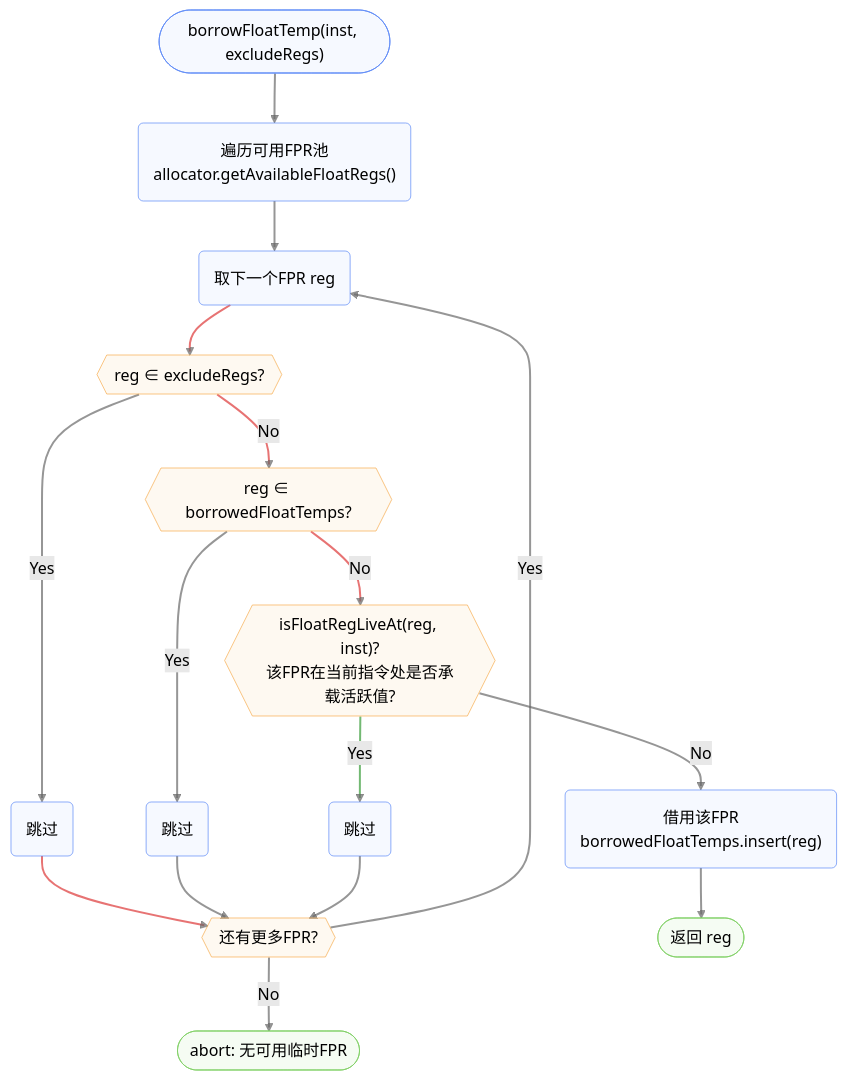
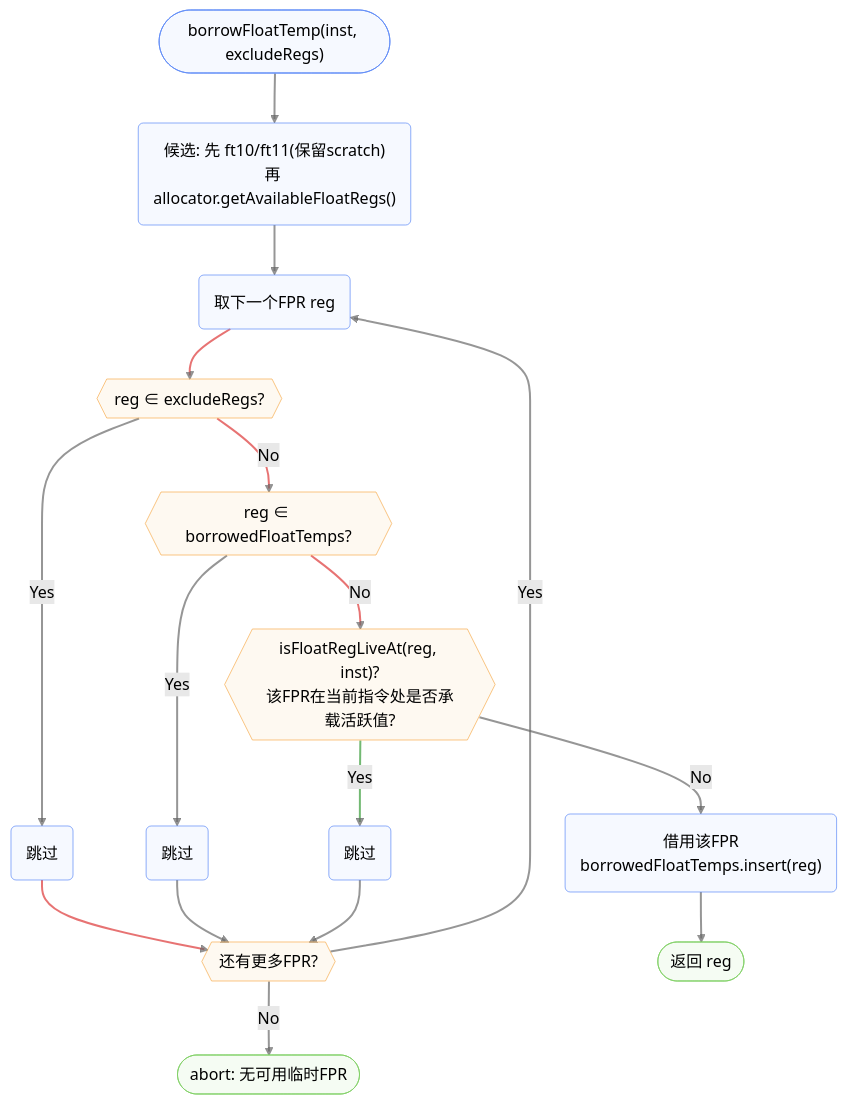
Before and after one commit to LLLLLLLLazy/compiler-lite: the ninth of 12 diagrams in docs/backend-fpregalloc.md, drawn with Mermaid (forest theme). The commit also changed other lines of this file and 9 other files, not shown here.

````diff
--- a/docs/backend-fpregalloc.md
+++ b/docs/backend-fpregalloc.md
@@ -299,39 +299,39 @@
 ```mermaid
 flowchart TD
-    Start(["borrowFloatTemp(inst, excludeRegs)"]) --> IterPool("遍历可用FPR池<br>allocator.getAvailableFloatRegs()")
+    Start(["borrowFloatTemp(inst, excludeRegs)"]) --> IterPool("候选: 先 ft10/ft11(保留scratch)<br>再 allocator.getAvailableFloatRegs()")
 
     IterPool --> NextReg("取下一个FPR reg")
     NextReg --> ExcludeCheck{{"reg ∈ excludeRegs?"}}
     ExcludeCheck -- "Yes" --> SkipReg("跳过")
     ExcludeCheck -- "No" --> BorrowedCheck{{"reg ∈ borrowedFloatTemps?"}}
 
     BorrowedCheck -- "Yes" --> SkipReg2("跳过")
     BorrowedCheck -- "No" --> LiveCheck{{"isFloatRegLiveAt(reg, inst)?<br>该FPR在当前指令处是否承载活跃值?"}}
 
     LiveCheck -- "Yes" --> SkipReg3("跳过")
     LiveCheck -- "No" --> Borrow("借用该FPR<br>borrowedFloatTemps.insert(reg)")
 
     SkipReg --> MoreReg
     SkipReg2 --> MoreReg
     SkipReg3 --> MoreReg
     Borrow --> Return(["返回 reg"])
 
     MoreReg{{"还有更多FPR?"}}
     MoreReg -- "Yes" --> NextReg
     MoreReg -- "No" --> Abort(["abort: 无可用临时FPR"])
 
     %%Node styles
     classDef default fill:#E2EAFE4F,stroke:#5A88F6AF
     classDef endNode fill:#DDF4D84F,stroke:#7DCF62AF
     classDef decisionNode fill:#FCEBD34f,stroke:#F6AA4BAF
 
     %%Link styles
     linkStyle default stroke:#666666AF,stroke-width:2px
     linkStyle 2,4,6 stroke:#DD3333AF,stroke-width:2px
     linkStyle 7 stroke:#339933AF,stroke-width:2px
     linkStyle 9 stroke:#DD3333AF,stroke-width:2px
 
     %%Node classes
     class Return,Abort endNode
     class ExcludeCheck,BorrowedCheck,LiveCheck,MoreReg decisionNode
 ```
````
